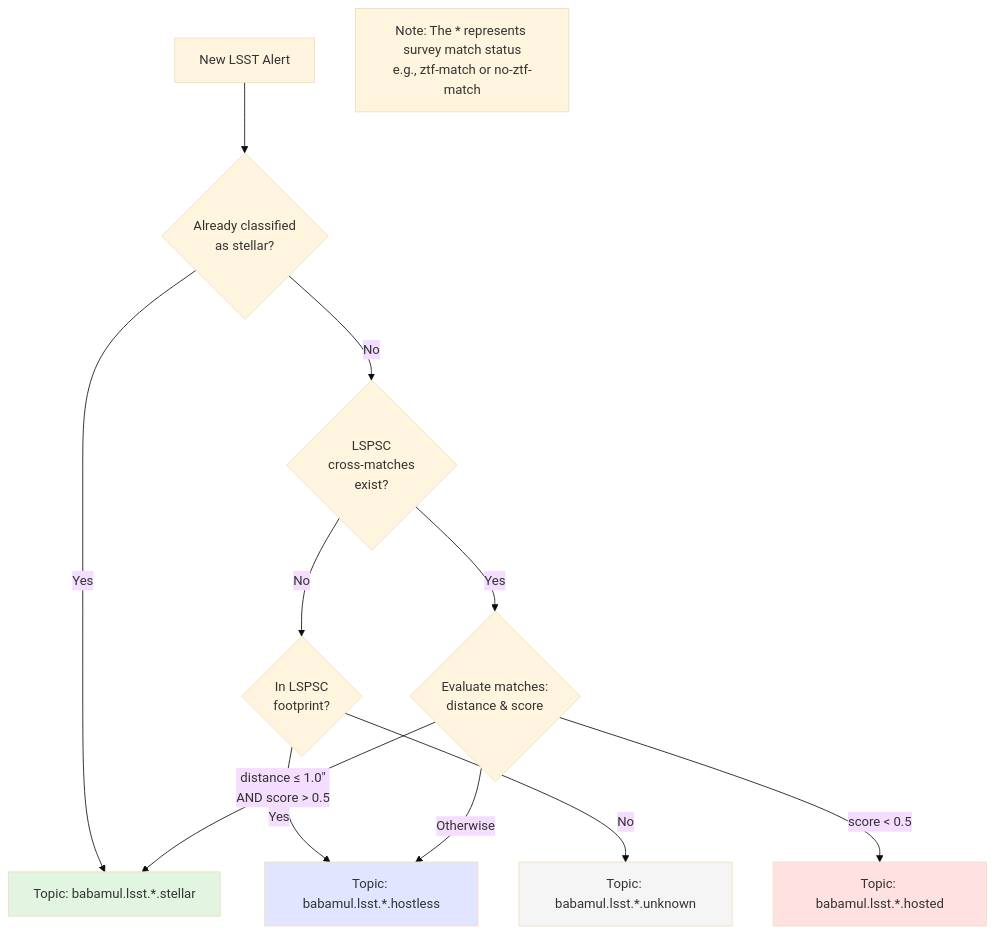
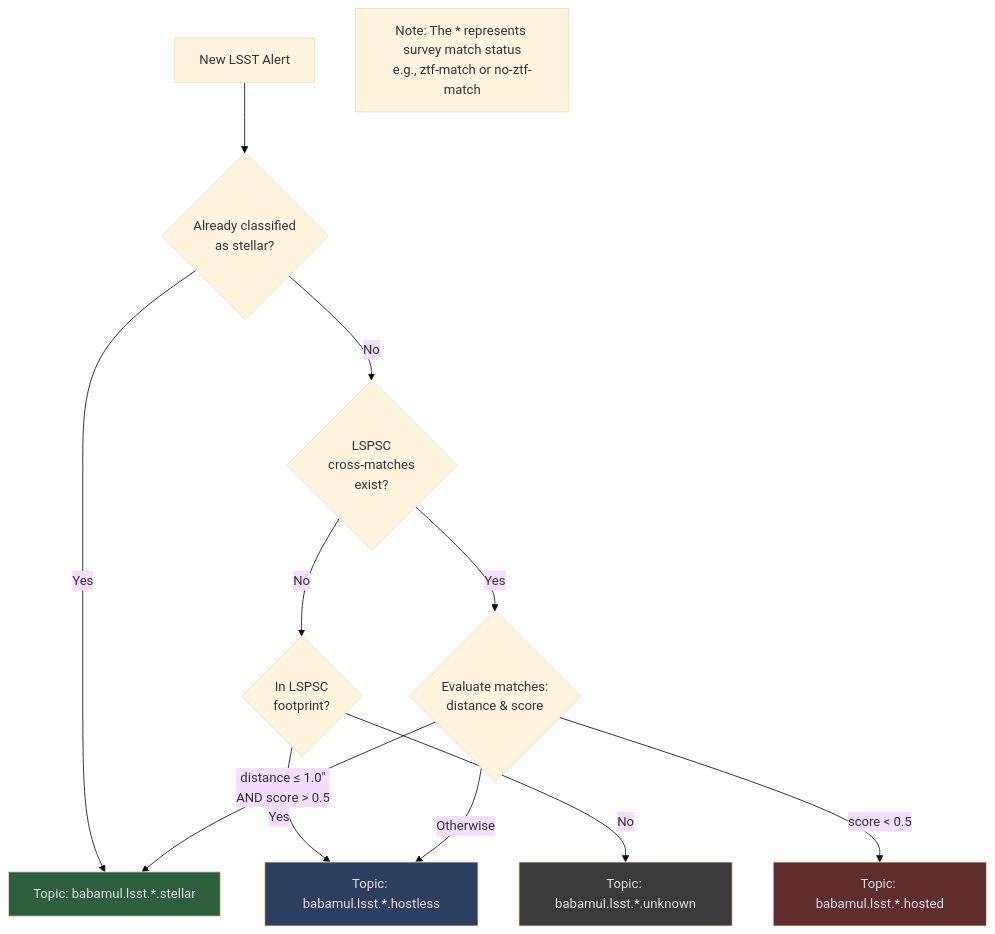
The second of 2 diagrams in docs/babamul.md (boom-astro/boom), drawn with Mermaid (base theme) before and after one commit.

Commit message:
Use dark mode friendly fill

````diff
--- a/docs/babamul.md
+++ b/docs/babamul.md
@@ -120,22 +120,22 @@
 ```mermaid
 flowchart TD
     Alert[New LSST Alert] --> CheckStar{Already classified<br/>as stellar?}
     CheckStar -->|Yes| StellarTopic[Topic: babamul.lsst.*.stellar]
     CheckStar -->|No| CheckLSPSC{LSPSC<br/>cross-matches<br/>exist?}
 
     CheckLSPSC -->|No| CheckFootprint{In LSPSC<br/>footprint?}
     CheckFootprint -->|Yes| HostlessTopic[Topic: babamul.lsst.*.hostless]
     CheckFootprint -->|No| UnknownTopic[Topic: babamul.lsst.*.unknown]
 
     CheckLSPSC -->|Yes| EvalMatches{Evaluate matches:<br/>distance & score}
     EvalMatches -->|distance ≤ 1.0″<br/>AND score > 0.5| StellarTopic
     EvalMatches -->|score < 0.5| HostedTopic[Topic: babamul.lsst.*.hosted]
     EvalMatches -->|Otherwise| HostlessTopic
 
-    style StellarTopic fill:#e1f5e1
-    style HostedTopic fill:#ffe1e1
-    style HostlessTopic fill:#e1e5ff
-    style UnknownTopic fill:#f5f5f5
+    style StellarTopic fill:#2d5f3f,color:#e0e0e0
+    style HostedTopic fill:#5f2d2d,color:#e0e0e0
+    style HostlessTopic fill:#2d3f5f,color:#e0e0e0
+    style UnknownTopic fill:#3a3a3a,color:#e0e0e0
 
     Note1[Note: The * represents survey match status<br/>e.g., ztf-match or no-ztf-match]
 ```
````
